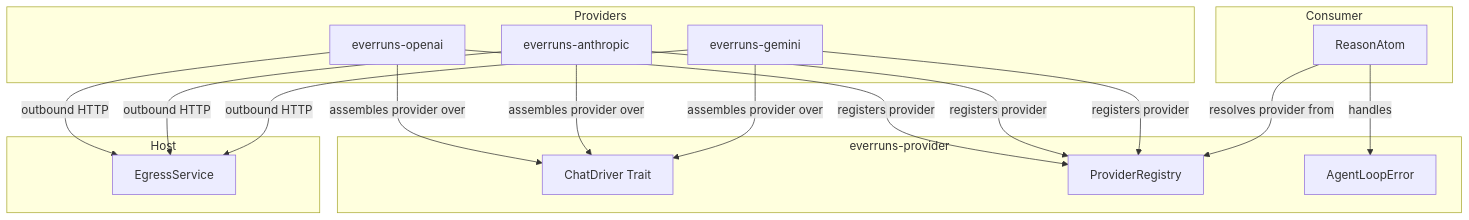
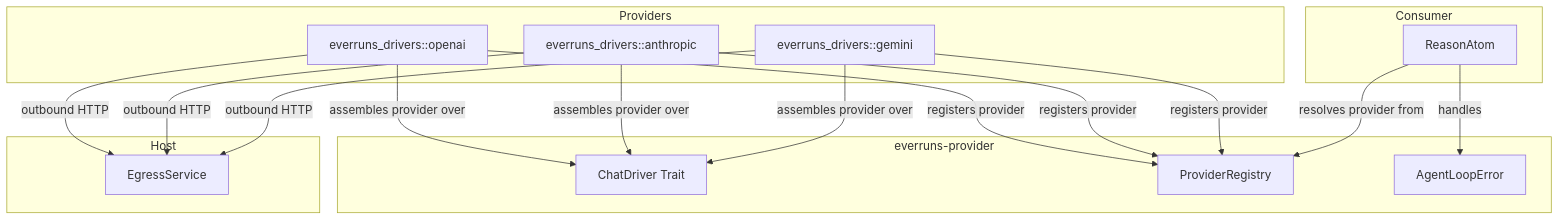
One commit to everruns/everruns changed the first of 2 diagrams in knowledge/foundations/llm-drivers.md. Above: the diagram before and after it, drawn with Mermaid. The commit also changed other lines of this file and 193 other files, not shown here.

First line of the commit message:
refactor(drivers): fold vendor driver crates into everruns-drivers

````diff
--- a/knowledge/foundations/llm-drivers.md
+++ b/knowledge/foundations/llm-drivers.md
@@ -32,34 +35,34 @@
 ```mermaid
 graph TD
     subgraph Provider [everruns-provider]
         ChatDriver[ChatDriver Trait]
         Registry[ProviderRegistry]
         Errors[AgentLoopError]
     end
 
     subgraph Providers
-        OpenAI[everruns-openai]
-        Anthropic[everruns-anthropic]
-        Gemini[everruns-gemini]
+        OpenAI[everruns_drivers::openai]
+        Anthropic[everruns_drivers::anthropic]
+        Gemini[everruns_drivers::gemini]
     end
 
     subgraph Host
         Egress[EgressService]
     end
 
     subgraph Consumer
         ReasonAtom[ReasonAtom]
     end
 
     OpenAI -->|assembles provider over| ChatDriver
     Anthropic -->|assembles provider over| ChatDriver
     Gemini -->|assembles provider over| ChatDriver
     OpenAI -->|registers provider| Registry
     Anthropic -->|registers provider| Registry
     Gemini -->|registers provider| Registry
     ReasonAtom -->|resolves provider from| Registry
     OpenAI -->|outbound HTTP| Egress
     Anthropic -->|outbound HTTP| Egress
     Gemini -->|outbound HTTP| Egress
     ReasonAtom -->|handles| Errors
 ```
````
